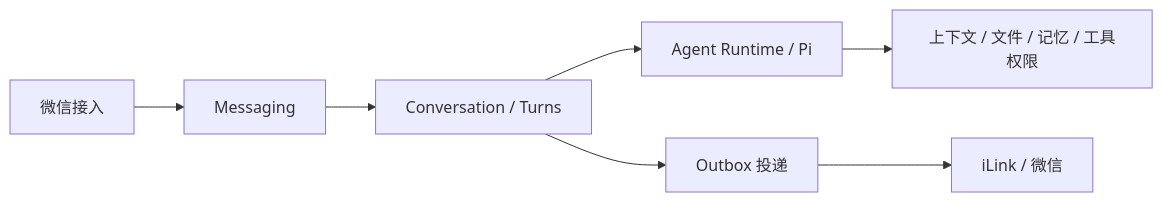
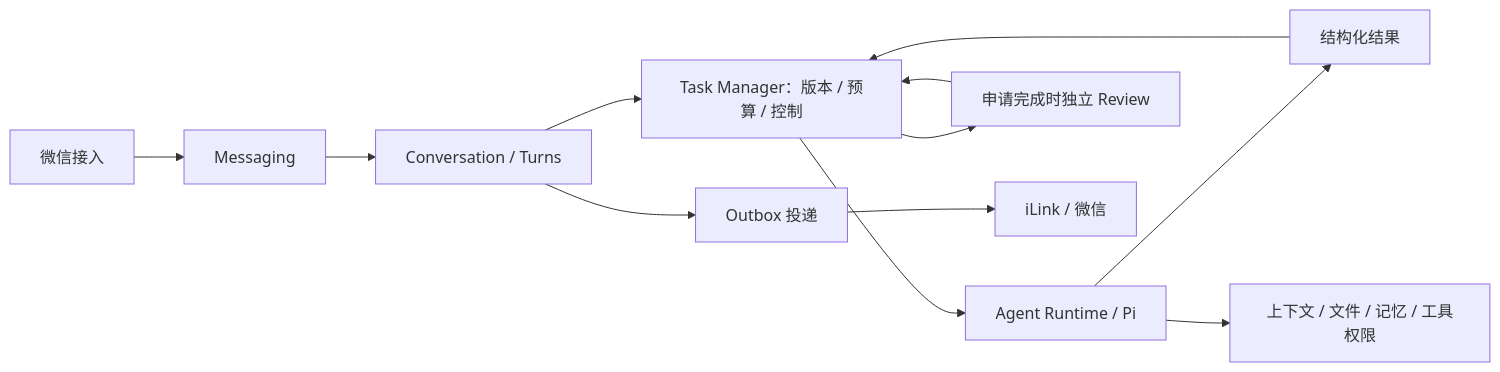
The diagram in README.md (EricOo0/wechat-pi-agent), drawn with Mermaid before and after one commit. The commit also changed other lines of this file and 85 other files, not shown here.

````diff
--- a/README.md
+++ b/README.md
@@ -26,9 +26,14 @@
 ```mermaid
 flowchart LR
   Input[微信接入] --> Messaging[Messaging]
   Messaging --> Turns[Conversation / Turns]
-  Turns --> Runtime[Agent Runtime / Pi]
+  Turns --> Tasks[Task Manager：版本 / 预算 / 控制]
+  Tasks --> Runtime[Agent Runtime / Pi]
+  Runtime --> Outcome[结构化结果]
+  Outcome --> Tasks
+  Tasks --> Review[申请完成时独立 Review]
+  Review --> Tasks
   Runtime --> Capabilities[上下文 / 文件 / 记忆 / 工具权限]
   Turns --> Outbox[Outbox 投递]
   Outbox --> WeChat[iLink / 微信]
 ```
````
